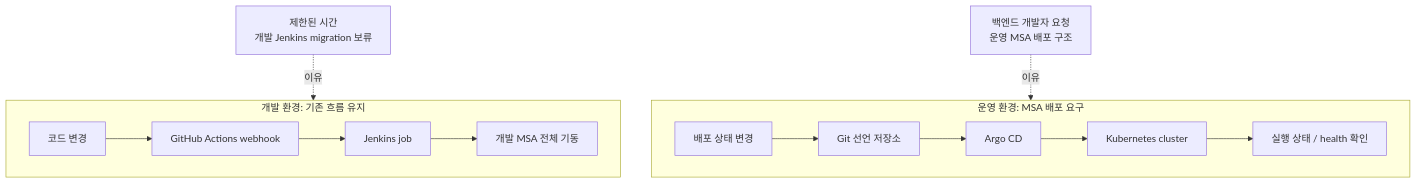
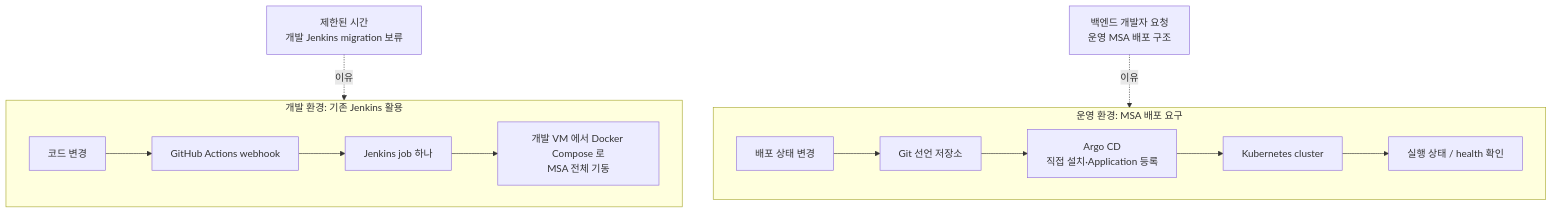
Before and after one commit to youngmin-gwon/what-i-studied: the third of 3 diagrams in 01_inbox/interviews/bakcend/waug/07_CI_CD_Argo_CD.md, drawn with Mermaid. The commit also changed other lines of this file and 5 other files, not shown here.

````diff
--- a/01_inbox/interviews/bakcend/waug/07_CI_CD_Argo_CD.md
+++ b/01_inbox/interviews/bakcend/waug/07_CI_CD_Argo_CD.md
@@ -159,16 +159,16 @@
 ```mermaid
 flowchart TB
-    subgraph DEV[개발 환경: 기존 흐름 유지]
+    subgraph DEV[개발 환경: 기존 Jenkins 활용]
       DC[코드 변경] --> GA[GitHub Actions webhook]
-      GA --> J[Jenkins job]
-      J --> DS[개발 MSA 전체 기동]
+      GA --> J[Jenkins job 하나]
+      J --> DS[개발 VM 에서 Docker Compose 로<br/>MSA 전체 기동]
     end
     subgraph PROD[운영 환경: MSA 배포 요구]
       PC[배포 상태 변경] --> G[Git 선언 저장소]
-      G --> A[Argo CD]
+      G --> A[Argo CD<br/>직접 설치·Application 등록]
       A --> K[Kubernetes cluster]
       K --> H[실행 상태 / health 확인]
     end
     T[제한된 시간<br/>개발 Jenkins migration 보류] -. 이유 .-> DEV
     B[백엔드 개발자 요청<br/>운영 MSA 배포 구조] -. 이유 .-> PROD
 ```
````
